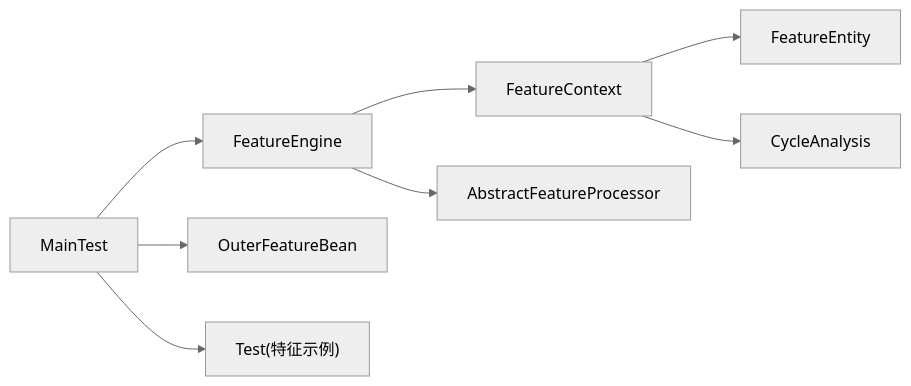
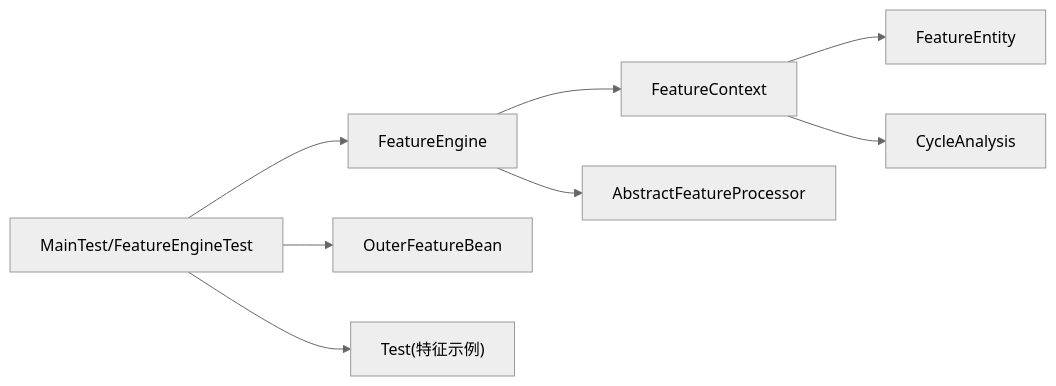
One commit to txzhanghuan/feature changed the third of 3 diagrams in .qoder/repowiki/zh/content/测试与调试.md. Above: the diagram before and after it, drawn with Mermaid (neutral theme). The commit also changed other lines of this file and 13 other files, not shown here.

````diff
--- a/.qoder/repowiki/zh/content/测试与调试.md
+++ b/.qoder/repowiki/zh/content/测试与调试.md
@@ -224,10 +234,10 @@
 ```mermaid
 graph LR
 FE["FeatureEngine"] --> FC["FeatureContext"]
 FC --> ENT["FeatureEntity"]
 FC --> CYCLE["CycleAnalysis"]
 FE --> PROC["AbstractFeatureProcessor"]
-TEST["MainTest"] --> FE
+TEST["MainTest/FeatureEngineTest"] --> FE
 TEST --> OBF["OuterFeatureBean"]
 TEST --> FT["Test(特征示例)"]
 ```
````
